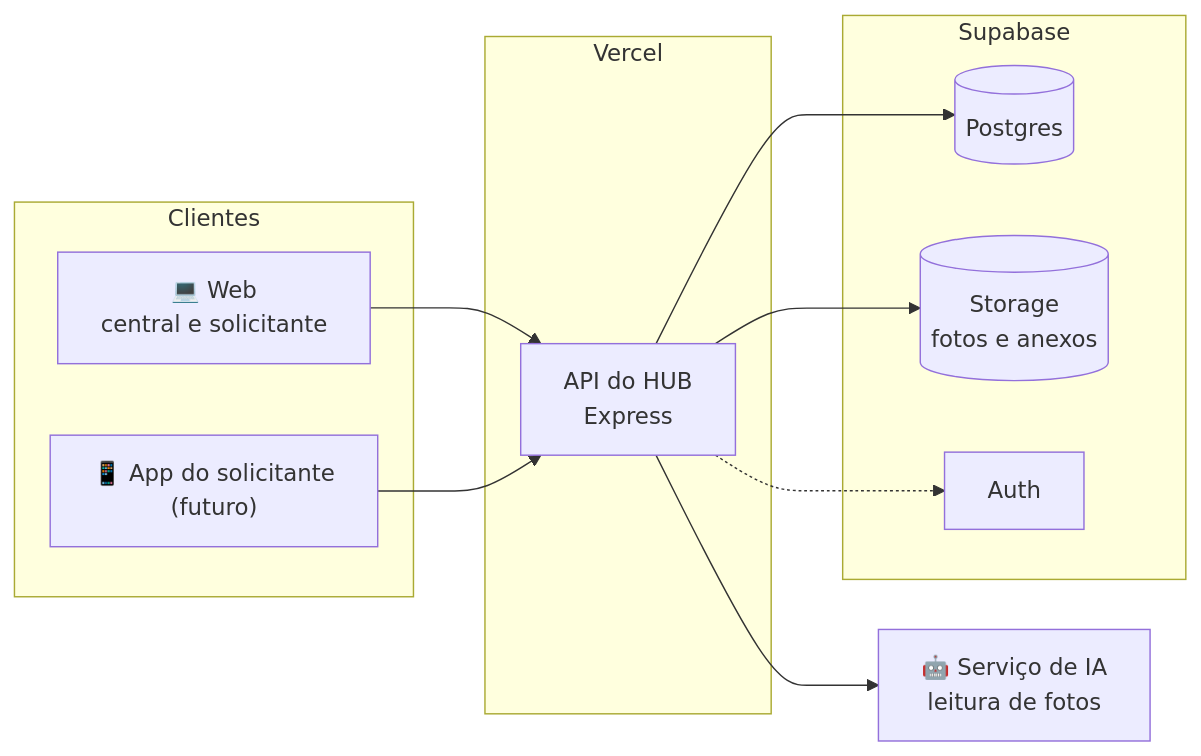
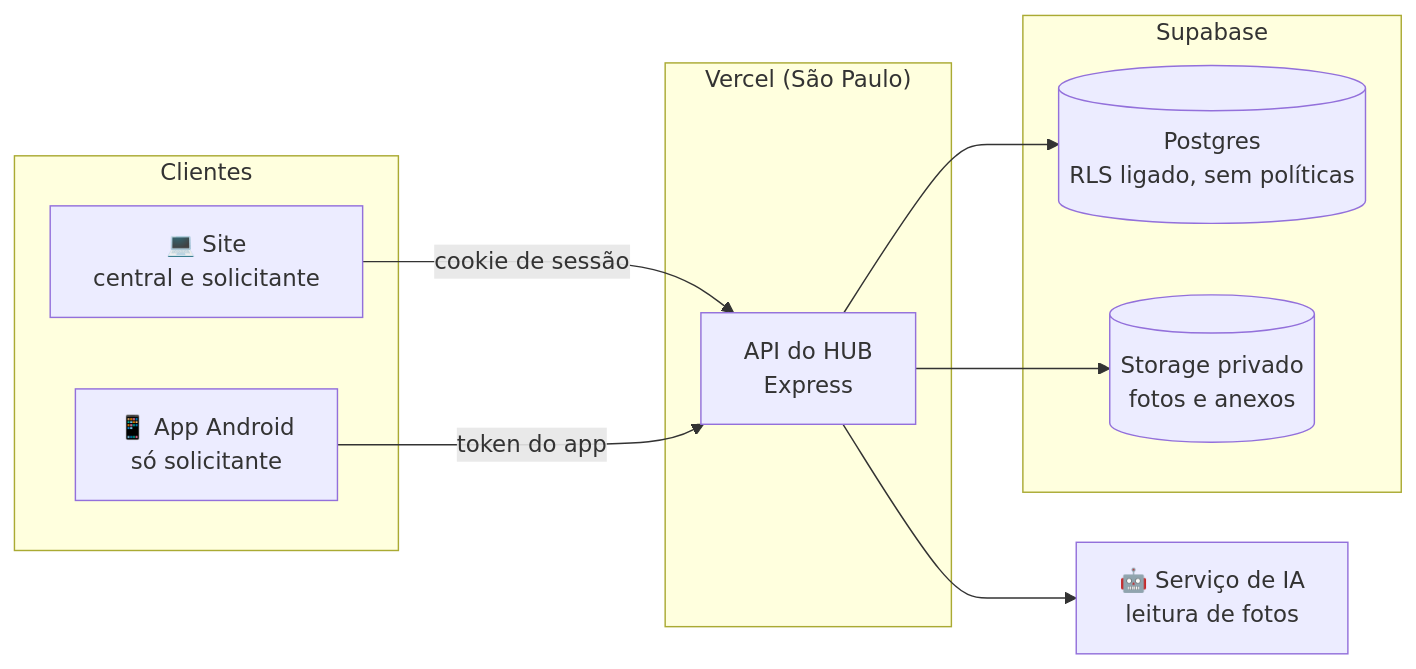
Before and after one commit to SombraDev07/Qima_HUB: the diagram in README.md, drawn with Mermaid. The commit also changed other lines of this file, not shown here.

Commit message:
README: sistemas atuais (Horas de Auditoria e Viagem), app Android, producao na Vercel, secao de seguranca, variaveis e roadmap atualizados

````diff
--- a/README.md
+++ b/README.md
@@ -51,22 +54,20 @@
 ```mermaid
 flowchart LR
   subgraph Clientes
-    W["💻 Web<br/>central e solicitante"]
-    A["📱 App do solicitante<br/>(futuro)"]
+    W["💻 Site<br/>central e solicitante"]
+    A["📱 App Android<br/>só solicitante"]
   end
-  subgraph Vercel
+  subgraph Vercel["Vercel (São Paulo)"]
     API["API do HUB<br/>Express"]
   end
   subgraph Supabase
-    DB[("Postgres")]
-    ST[("Storage<br/>fotos e anexos")]
-    AU["Auth"]
+    DB[("Postgres<br/>RLS ligado, sem políticas")]
+    ST[("Storage privado<br/>fotos e anexos")]
   end
   IA["🤖 Serviço de IA<br/>leitura de fotos"]
-  W --> API
-  A --> API
+  W -- cookie de sessão --> API
+  A -- token do app --> API
   API --> DB
   API --> ST
-  API -.-> AU
   API --> IA
 ```
````
